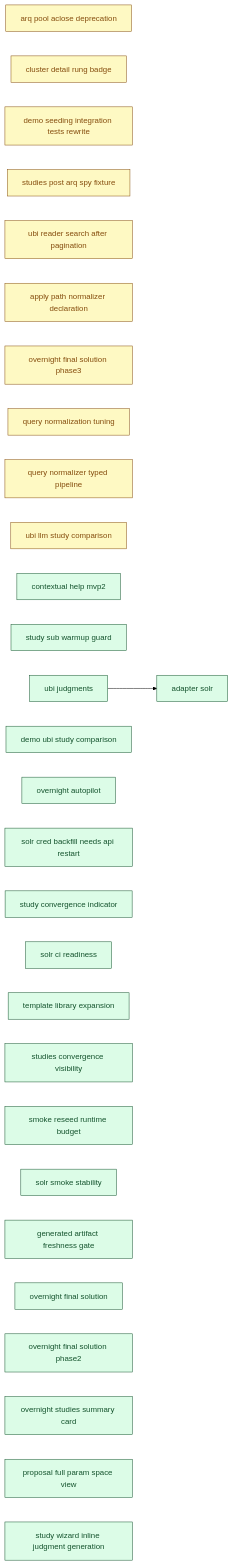
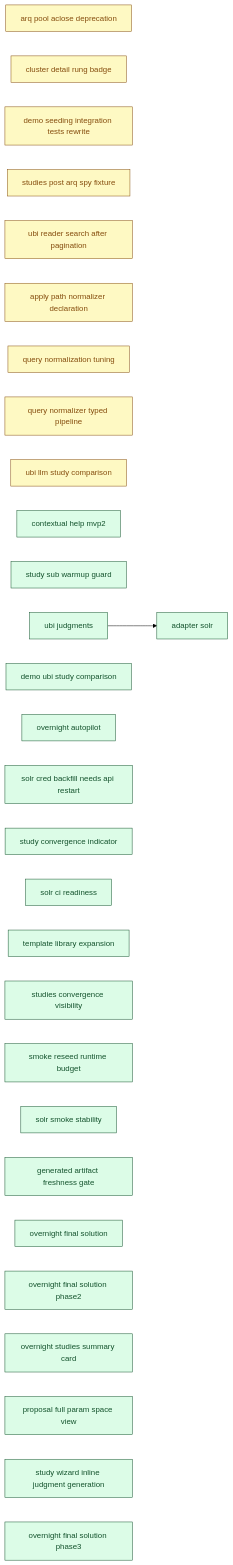
The diagram in docs/00_overview/MVP2_DASHBOARD.md (SoundMindsAI/relyloop), drawn with Mermaid (forest theme) before and after one commit. The commit also changed other lines of this file and 11 other files, not shown here.

First line of the commit message:
docs: finalize feat_overnight_final_solution_phase3 (PR #457 merged) (#458)

````diff
--- a/docs/00_overview/MVP2_DASHBOARD.md
+++ b/docs/00_overview/MVP2_DASHBOARD.md
@@ -114,67 +114,67 @@
 ```mermaid
 graph LR
   classDef done fill:#dcfce7,stroke:#14532d,color:#14532d;
   classDef implement fill:#ffedd5,stroke:#9a3412,color:#9a3412;
   classDef plan fill:#fef9c3,stroke:#854d0e,color:#854d0e;
   classDef spec fill:#dbeafe,stroke:#1e40af,color:#1e40af;
   classDef idea fill:#f1f5f9,stroke:#334155,color:#334155;
   chore_arq_pool_aclose_deprecation["arq pool aclose deprecation"]
   class chore_arq_pool_aclose_deprecation plan;
   chore_cluster_detail_rung_badge["cluster detail rung badge"]
   class chore_cluster_detail_rung_badge plan;
   chore_demo_seeding_integration_tests_rewrite["demo seeding integration tests rewrite"]
   class chore_demo_seeding_integration_tests_rewrite plan;
   chore_studies_post_arq_spy_fixture["studies post arq spy fixture"]
   class chore_studies_post_arq_spy_fixture plan;
   chore_ubi_reader_search_after_pagination["ubi reader search after pagination"]
   class chore_ubi_reader_search_after_pagination plan;
   feat_apply_path_normalizer_declaration["apply path normalizer declaration"]
   class feat_apply_path_normalizer_declaration plan;
-  feat_overnight_final_solution_phase3["overnight final solution phase3"]
-  class feat_overnight_final_solution_phase3 plan;
   feat_query_normalization_tuning["query normalization tuning"]
   class feat_query_normalization_tuning plan;
   feat_query_normalizer_typed_pipeline["query normalizer typed pipeline"]
   class feat_query_normalizer_typed_pipeline plan;
   feat_ubi_llm_study_comparison["ubi llm study comparison"]
   class feat_ubi_llm_study_comparison plan;
   feat_contextual_help_mvp2["contextual help mvp2"]
   class feat_contextual_help_mvp2 done;
   feat_study_sub_warmup_guard["study sub warmup guard"]
   class feat_study_sub_warmup_guard done;
   feat_ubi_judgments["ubi judgments"]
   class feat_ubi_judgments done;
   feat_demo_ubi_study_comparison["demo ubi study comparison"]
   class feat_demo_ubi_study_comparison done;
   feat_overnight_autopilot["overnight autopilot"]
   class feat_overnight_autopilot done;
   infra_adapter_solr["adapter solr"]
   class infra_adapter_solr done;
   chore_solr_cred_backfill_needs_api_restart["solr cred backfill needs api restart"]
   class chore_solr_cred_backfill_needs_api_restart done;
   feat_study_convergence_indicator["study convergence indicator"]
   class feat_study_convergence_indicator done;
   infra_solr_ci_readiness["solr ci readiness"]
   class infra_solr_ci_readiness done;
   chore_template_library_expansion["template library expansion"]
   class chore_template_library_expansion done;
   feat_studies_convergence_visibility["studies convergence visibility"]
   class feat_studies_convergence_visibility done;
   infra_smoke_reseed_runtime_budget["smoke reseed runtime budget"]
   class infra_smoke_reseed_runtime_budget done;
   infra_solr_smoke_stability["solr smoke stability"]
   class infra_solr_smoke_stability done;
   infra_generated_artifact_freshness_gate["generated artifact freshness gate"]
   class infra_generated_artifact_freshness_gate done;
   feat_overnight_final_solution["overnight final solution"]
   class feat_overnight_final_solution done;
   feat_overnight_final_solution_phase2["overnight final solution phase2"]
   class feat_overnight_final_solution_phase2 done;
   feat_overnight_studies_summary_card["overnight studies summary card"]
   class feat_overnight_studies_summary_card done;
   feat_proposal_full_param_space_view["proposal full param space view"]
   class feat_proposal_full_param_space_view done;
   feat_study_wizard_inline_judgment_generation["study wizard inline judgment generation"]
   class feat_study_wizard_inline_judgment_generation done;
+  feat_overnight_final_solution_phase3["overnight final solution phase3"]
+  class feat_overnight_final_solution_phase3 done;
   feat_ubi_judgments --> infra_adapter_solr
 ```
````
